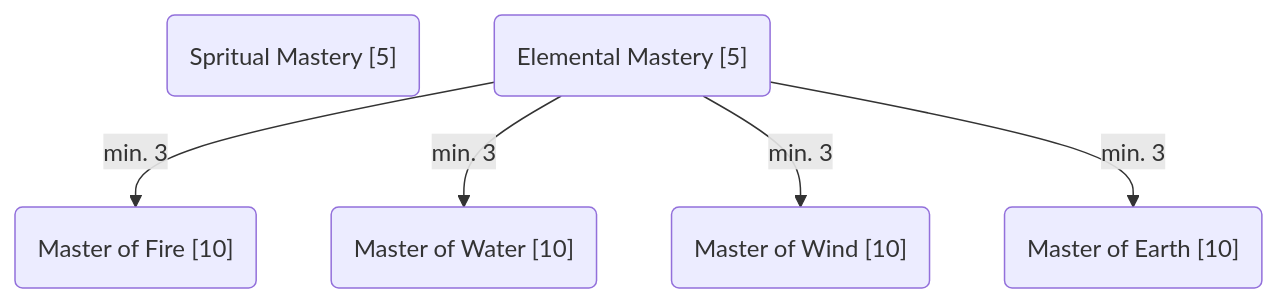
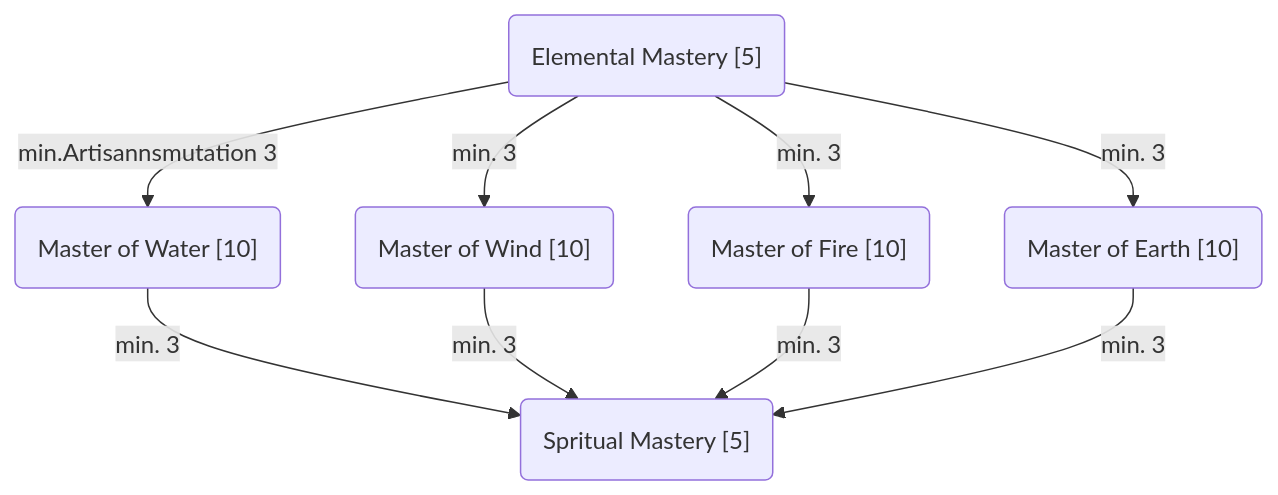
The second of 3 diagrams in content/docs/mechanics/master.md (tfelix/bestia-docs), drawn with Mermaid before and after one commit. The commit also changed other lines of this file and 7 other files, not shown here.

```diff
--- a/content/docs/mechanics/master.md
+++ b/content/docs/mechanics/master.md
@@ -148,8 +174,11 @@
 {{< mermaid >}}
 graph TD
-  SPRITIUAL_MASTERY("Spritual Mastery [5]")
   ELEMENTAL_MASTERY("Elemental Mastery [5]")-->|min. 3|MASTER_OF_FIRE("Master of Fire [10]")
-  ELEMENTAL_MASTERY-->|min. 3|MASTER_OF_WATER("Master of Water [10]")
+  ELEMENTAL_MASTERY-->|min.Artisannsmutation 3|MASTER_OF_WATER("Master of Water [10]")
   ELEMENTAL_MASTERY-->|min. 3|MASTER_OF_WIND("Master of Wind [10]")
   ELEMENTAL_MASTERY-->|min. 3|MASTER_OF_EARTH("Master of Earth [10]")
+  MASTER_OF_WATER-->|min. 3|SPRITIUAL_MASTERY("Spritual Mastery [5]")
+  MASTER_OF_WIND-->|min. 3|SPRITIUAL_MASTERY
+  MASTER_OF_FIRE-->|min. 3|SPRITIUAL_MASTERY
+  MASTER_OF_EARTH-->|min. 3|SPRITIUAL_MASTERY
 {{< /mermaid >}}
```
